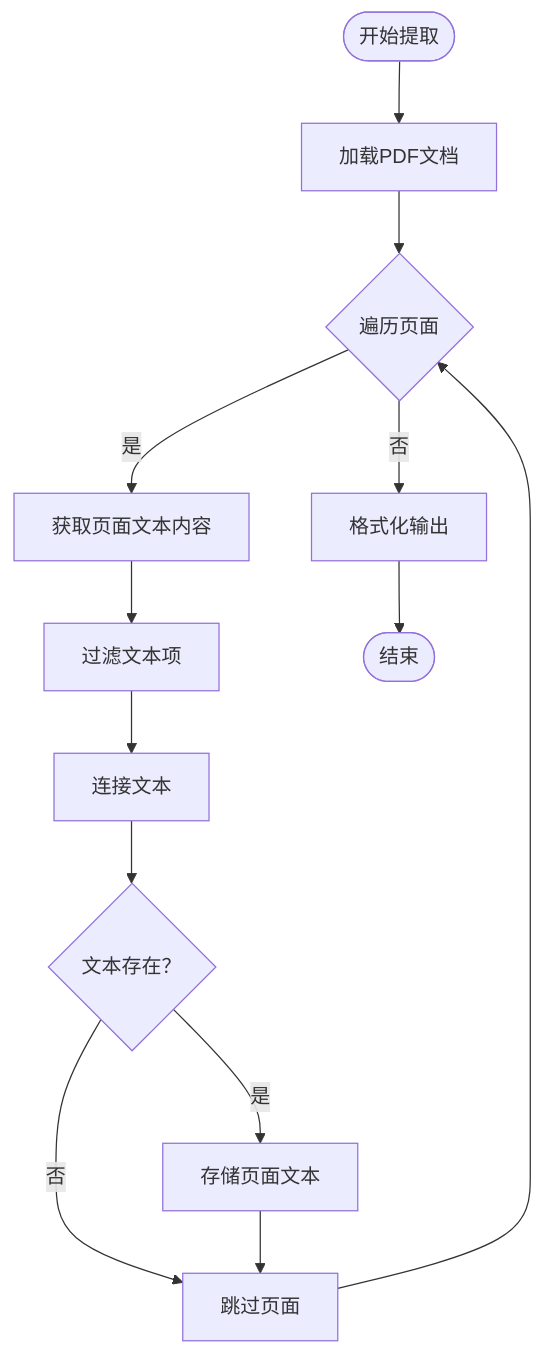
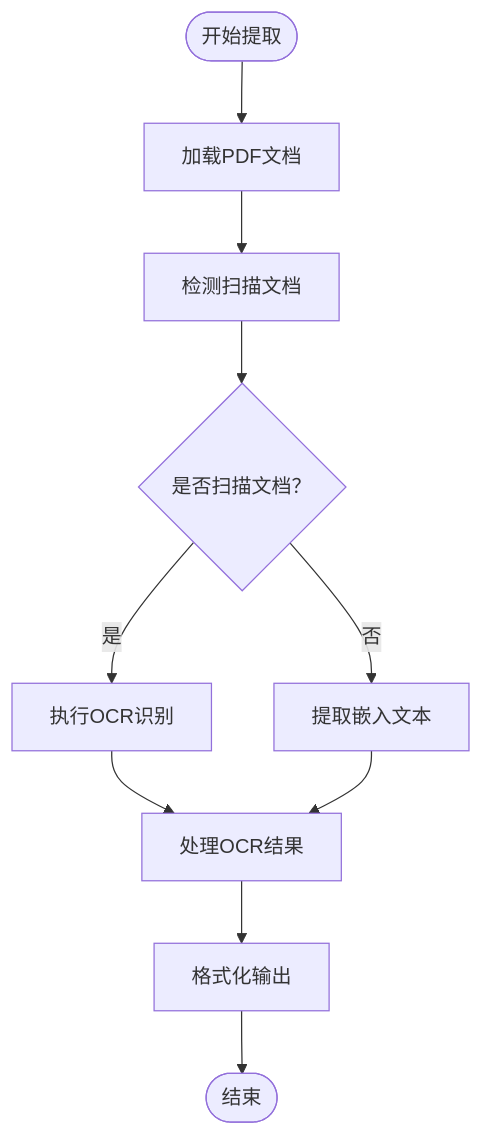
The third of 6 diagrams in .qoder/repowiki/zh/content/PDF工具/提取文本工具.md (sgyy/privadeck), drawn with Mermaid before and after one commit. The commit also changed other lines of this file and 7 other files, not shown here.

````diff
--- a/.qoder/repowiki/zh/content/PDF工具/提取文本工具.md
+++ b/.qoder/repowiki/zh/content/PDF工具/提取文本工具.md
@@ -127,15 +166,12 @@
 ```mermaid
 flowchart TD
 START(["开始提取"]) --> LOAD["加载PDF文档"]
-LOAD --> LOOP{"遍历页面"}
-LOOP --> |是| GETCONTENT["获取页面文本内容"]
-GETCONTENT --> FILTER["过滤文本项"]
-FILTER --> JOIN["连接文本"]
-JOIN --> CHECK{"文本存在？"}
-CHECK --> |是| STORE["存储页面文本"]
-CHECK --> |否| NEXT["跳过页面"]
-STORE --> NEXT
-NEXT --> LOOP
-LOOP --> |否| FORMAT["格式化输出"]
+LOAD --> DETECT["检测扫描文档"]
+DETECT --> CHECK{"是否扫描文档？"}
+CHECK --> |是| OCR["执行OCR识别"]
+CHECK --> |否| TEXT["提取嵌入文本"]
+OCR --> PROCESS["处理OCR结果"]
+TEXT --> PROCESS
+PROCESS --> FORMAT["格式化输出"]
 FORMAT --> END(["结束"])
 ```
````
